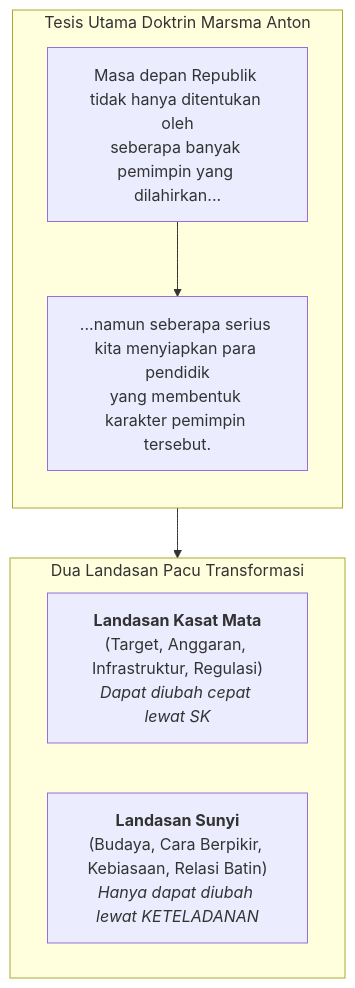
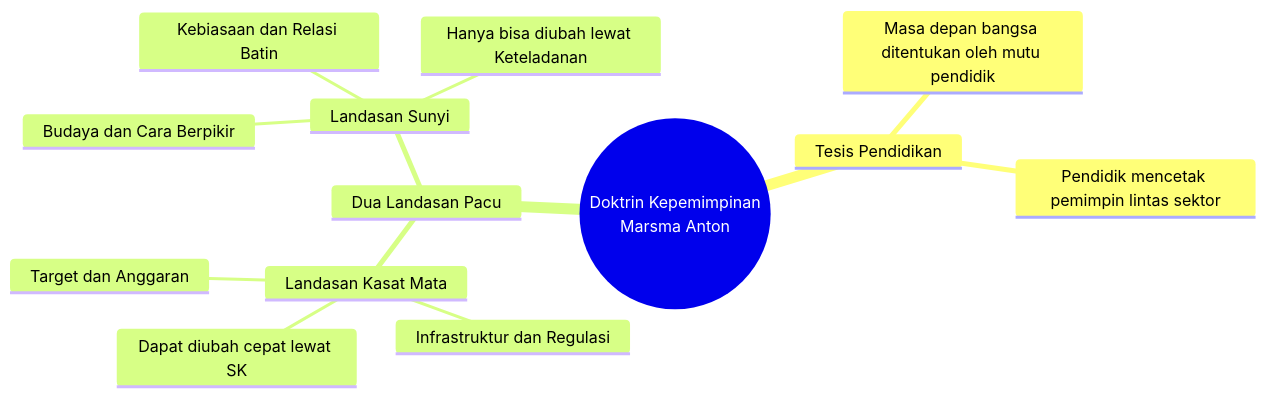
One commit to egxl/MBA changed the first of 6 diagrams in content/rabuan/2026-10-20-anton-upi-dies-natalis-orasi.md. Above: the diagram before and after it, drawn with Mermaid. The commit also changed other lines of this file and 16 other files, not shown here.

````diff
--- a/content/rabuan/2026-10-20-anton-upi-dies-natalis-orasi.md
+++ b/content/rabuan/2026-10-20-anton-upi-dies-natalis-orasi.md
@@ -38,17 +38,16 @@
 ```mermaid
-flowchart TD
-    subgraph CoreTesis["Tesis Utama Doktrin Marsma Anton"]
-        direction TB
-        T1["Masa depan Republik tidak hanya ditentukan oleh<br/>seberapa banyak pemimpin yang dilahirkan..."]
-        T2["...namun seberapa serius kita menyiapkan para pendidik<br/>yang membentuk karakter pemimpin tersebut."]
-        T1 --> T2
-    end
-
-    subgraph DualRunways["Dua Landasan Pacu Transformasi"]
-        direction LR
-        R1["<b>Landasan Kasat Mata</b><br/>(Target, Anggaran, Infrastruktur, Regulasi)<br/><i>Dapat diubah cepat lewat SK</i>"]
-        R2["<b>Landasan Sunyi</b><br/>(Budaya, Cara Berpikir, Kebiasaan, Relasi Batin)<br/><i>Hanya dapat diubah lewat KETELADANAN</i>"]
-    end
-
-    CoreTesis --> DualRunways
+mindmap
+  root((Doktrin Kepemimpinan<br/>Marsma Anton))
+    Tesis Pendidikan
+      Masa depan bangsa ditentukan oleh mutu pendidik
+      Pendidik mencetak pemimpin lintas sektor
+    Dua Landasan Pacu
+      Landasan Kasat Mata
+        Target dan Anggaran
+        Infrastruktur dan Regulasi
+        Dapat diubah cepat lewat SK
+      Landasan Sunyi
+        Budaya dan Cara Berpikir
+        Kebiasaan dan Relasi Batin
+        Hanya bisa diubah lewat Keteladanan
 ```
````
